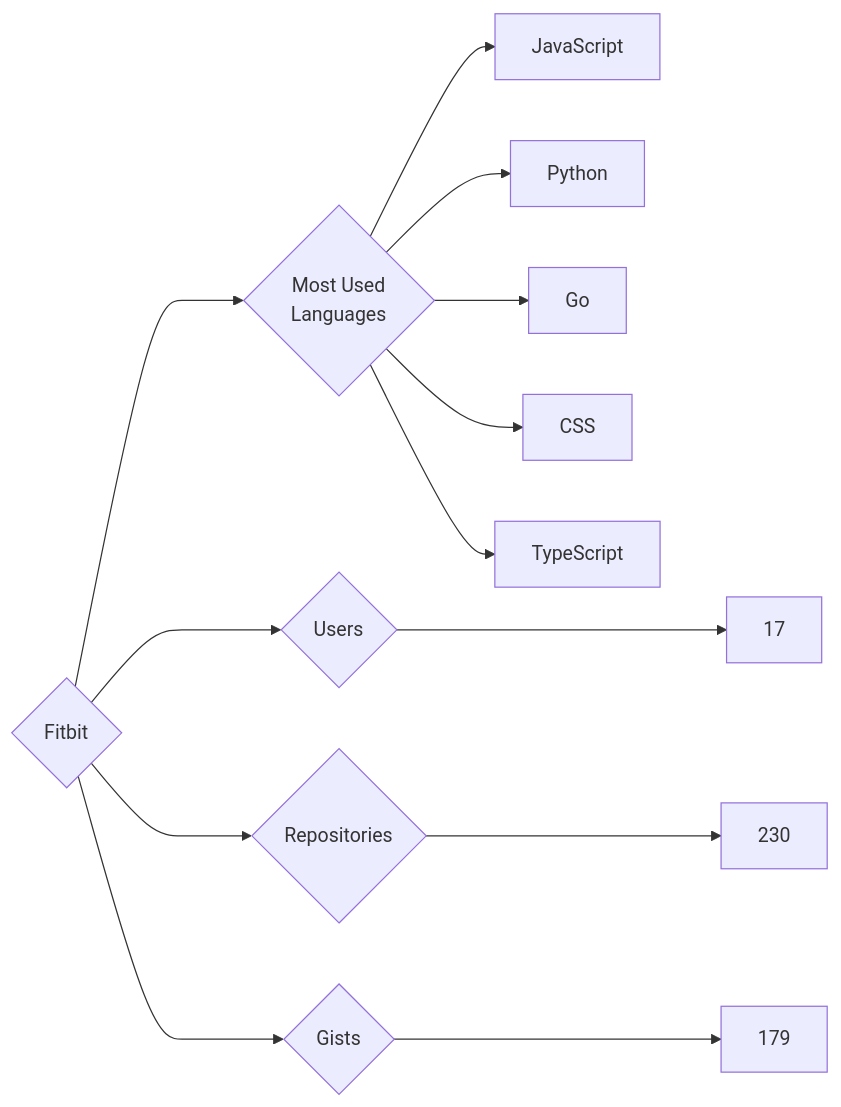
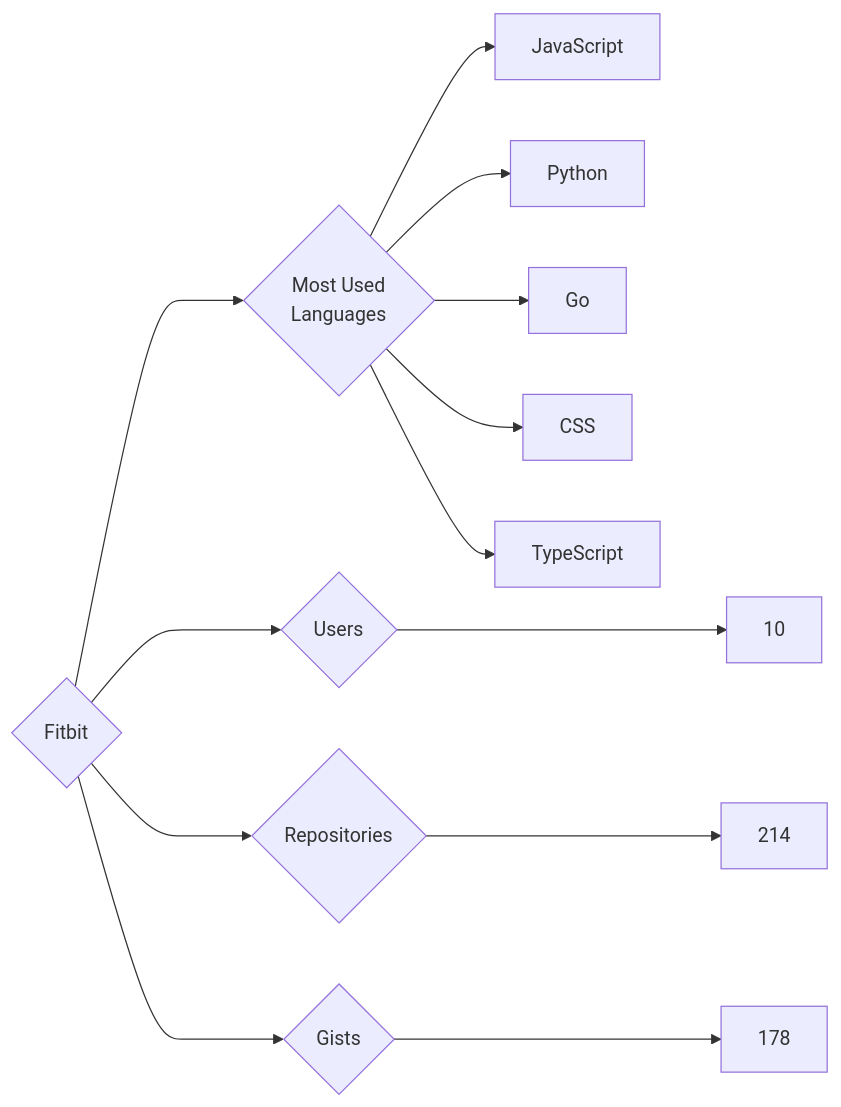
Before and after one commit to trickest/insiders: the diagram in targets/Fitbit/README.md, drawn with Mermaid. The commit also changed 838 other files, not shown here.

````diff
--- a/targets/Fitbit/README.md
+++ b/targets/Fitbit/README.md
@@ -3,13 +3,13 @@
 ```mermaid
 graph LR
 COMPANY_NAME{Fitbit}
-COMPANY_NAME ---> U{Users} ---> UN[17]
-COMPANY_NAME ---> R{Repositories} ---> RN[230]
-COMPANY_NAME ---> G{Gists} ---> GN[179]
+COMPANY_NAME ---> U{Users} ---> UN[10]
+COMPANY_NAME ---> R{Repositories} ---> RN[214]
+COMPANY_NAME ---> G{Gists} ---> GN[178]
 COMPANY_NAME ---> ML{Most Used<br>Languages}
 ML --> JavaScript[JavaScript]
 ML --> Python[Python]
 ML --> Go[Go]
 ML --> CSS[CSS]
 ML --> TypeScript[TypeScript]
 ```
````
